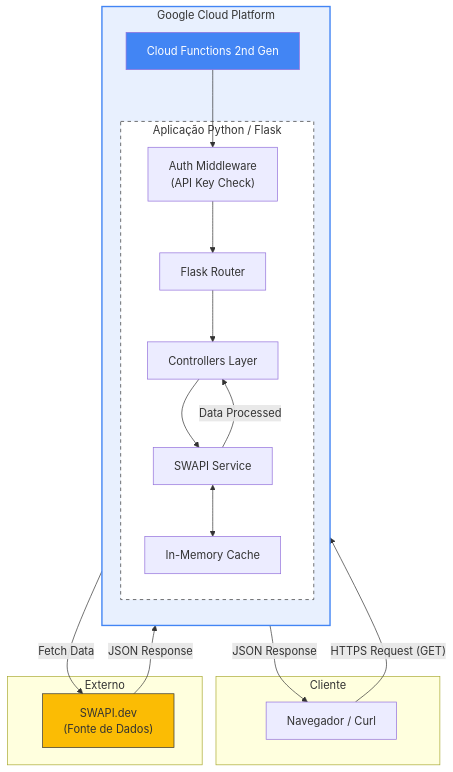
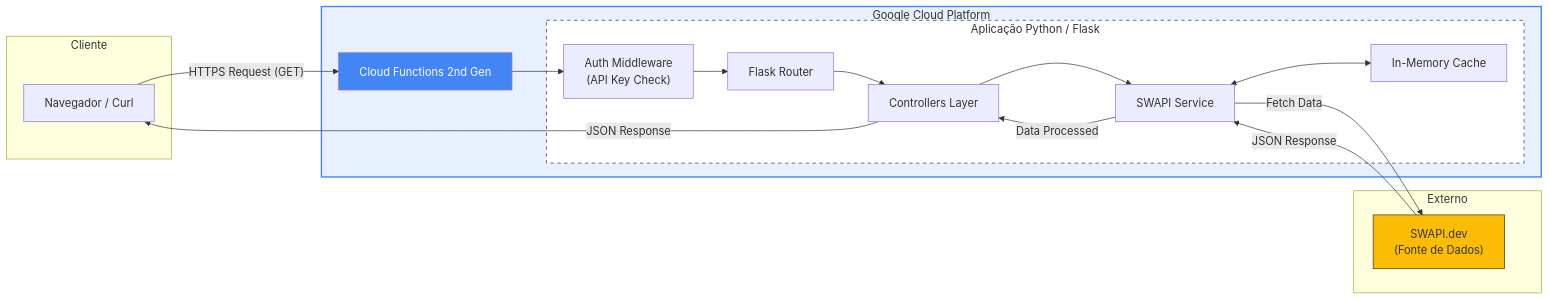
The diagram in README.md (Douglas-L-A/starwars-api), drawn with Mermaid before and after one commit.

Commit message:
Atualizado README

````diff
--- a/README.md
+++ b/README.md
@@ -15,43 +15,43 @@
 ```mermaid
-graph TD
+graph LR
     subgraph Client_Side [Cliente]
         Browser["Navegador / Curl"]
     end
 
     subgraph GCP [Google Cloud Platform]
-        direction TB
+        %% Removi o direction TB para deixar o fluxo natural
         
         CF[Cloud Functions 2nd Gen]
         
         subgraph App_Logic [Aplicação Python / Flask]
             Auth["Auth Middleware<br/>(API Key Check)"]
             Router[Flask Router]
             Controller[Controllers Layer]
             Service[SWAPI Service]
             Cache[In-Memory Cache]
         end
         
         CF --> Auth
         Auth --> Router
         Router --> Controller
         Controller --> Service
         Service <--> Cache
     end
 
     subgraph External [Externo]
         SWAPI["SWAPI.dev<br/>(Fonte de Dados)"]
     end
 
     %% Fluxo
     Browser -- "HTTPS Request (GET)" --> CF
     Service -- "Fetch Data" --> SWAPI
     SWAPI -- "JSON Response" --> Service
     Service -- "Data Processed" --> Controller
     Controller -- "JSON Response" --> Browser
 
     %% Estilização
     style GCP fill:#e8f0fe,stroke:#4285f4,stroke-width:2px
     style CF fill:#4285f4,color:#fff
     style SWAPI fill:#fbbc04,stroke:#333
     style App_Logic fill:#fff,stroke:#333,stroke-dasharray: 5 5
 ```
````
